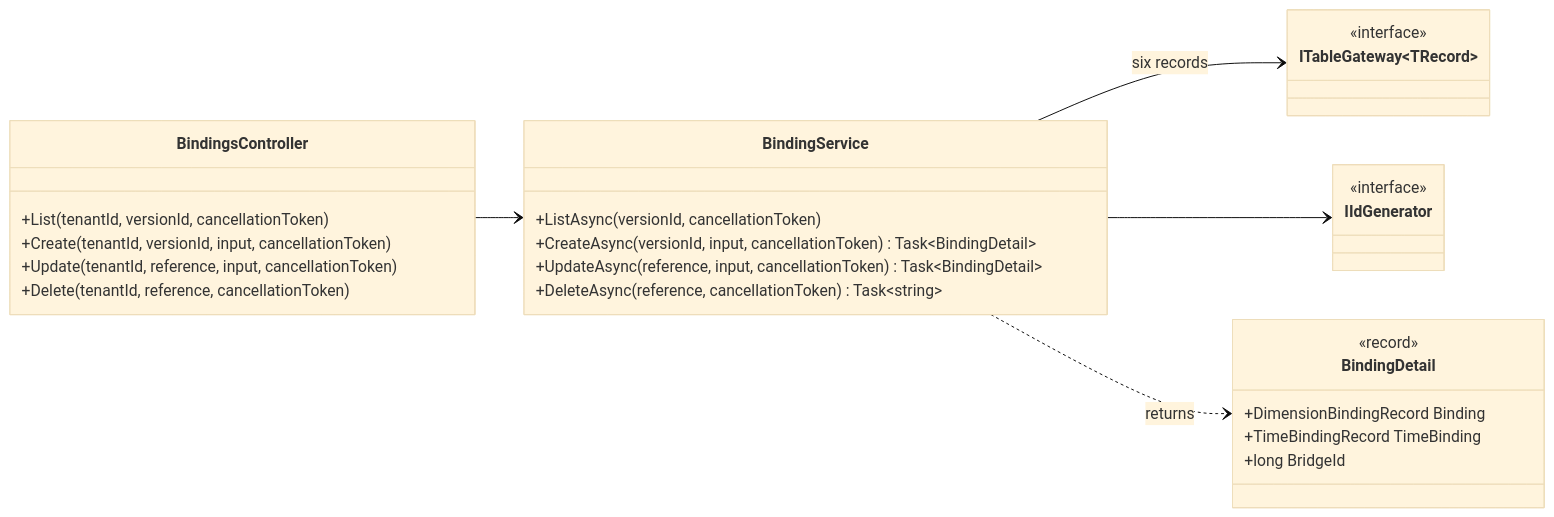
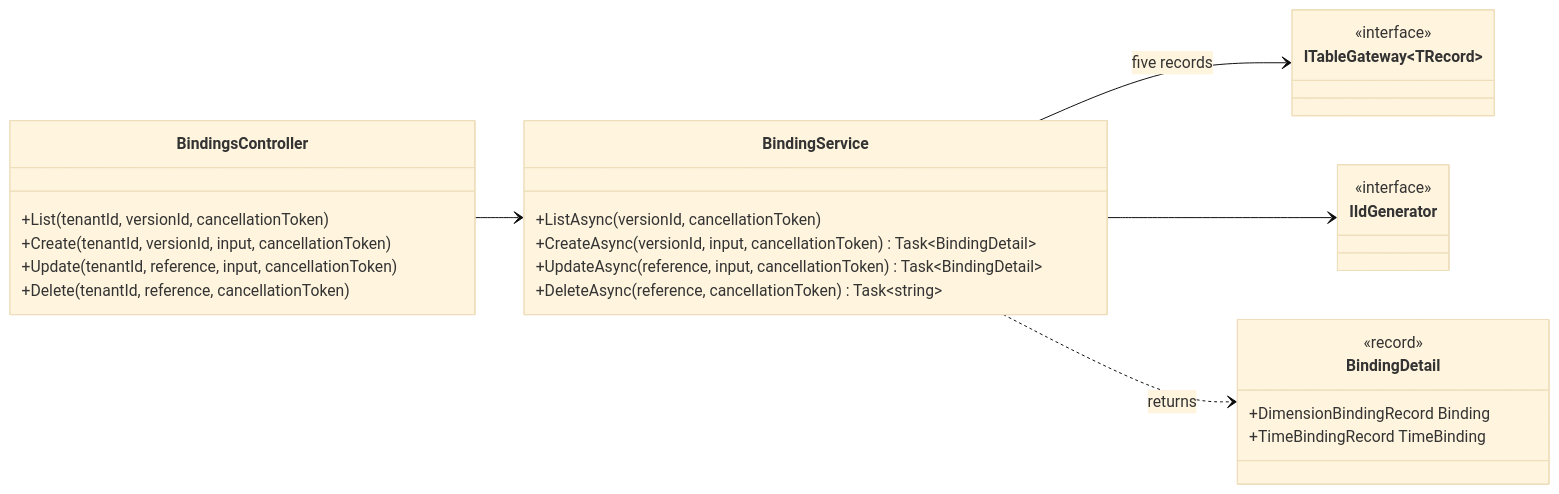
The fifth of 10 diagrams in api/docs/architecture/05-feature-classes.md (chrisaliotta/Quantalytix.QueryEngine.Admin), drawn with Mermaid (base theme) before and after one commit. The commit also changed other lines of this file and 390 other files, not shown here.

First line of the commit message:
feat: enhance API documentation and architecture for versioning and assumption sets

````diff
--- a/api/docs/architecture/05-feature-classes.md
+++ b/api/docs/architecture/05-feature-classes.md
@@ -404,32 +397,31 @@
 ```mermaid
 classDiagram
     direction LR
     class BindingsController {
         +List(tenantId, versionId, cancellationToken)
         +Create(tenantId, versionId, input, cancellationToken)
         +Update(tenantId, reference, input, cancellationToken)
         +Delete(tenantId, reference, cancellationToken)
     }
     class BindingService {
         +ListAsync(versionId, cancellationToken)
         +CreateAsync(versionId, input, cancellationToken) Task~BindingDetail~
         +UpdateAsync(reference, input, cancellationToken) Task~BindingDetail~
         +DeleteAsync(reference, cancellationToken) Task~string~
     }
     class BindingDetail {
         <<record>>
         +DimensionBindingRecord Binding
         +TimeBindingRecord TimeBinding
-        +long BridgeId
     }
     class ITableGateway~TRecord~ {
         <<interface>>
     }
     class IIdGenerator {
         <<interface>>
     }
     BindingsController --> BindingService
-    BindingService --> ITableGateway : six records
+    BindingService --> ITableGateway : five records
     BindingService --> IIdGenerator
     BindingService ..> BindingDetail : returns
 ```
````
